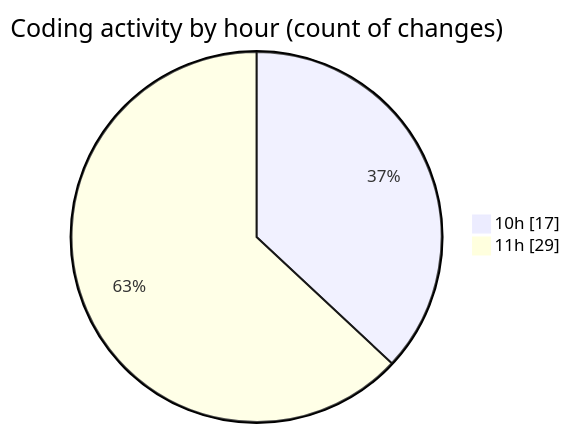
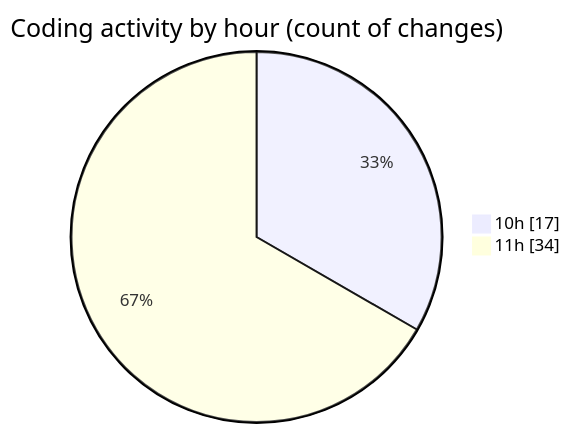
Before and after one commit to momahboobian/code-tracking: the second of 2 diagrams in 2025-10-06/cda/README.md, drawn with Mermaid. The commit also changed other lines of this file and 1 other file, not shown here.

````diff
--- a/2025-10-06/cda/README.md
+++ b/2025-10-06/cda/README.md
@@ -33,6 +33,6 @@
 ```mermaid
 pie showData
 title Coding activity by hour (count of changes)
 "10h" : 17
-"11h" : 29
+"11h" : 34
 ```
````
